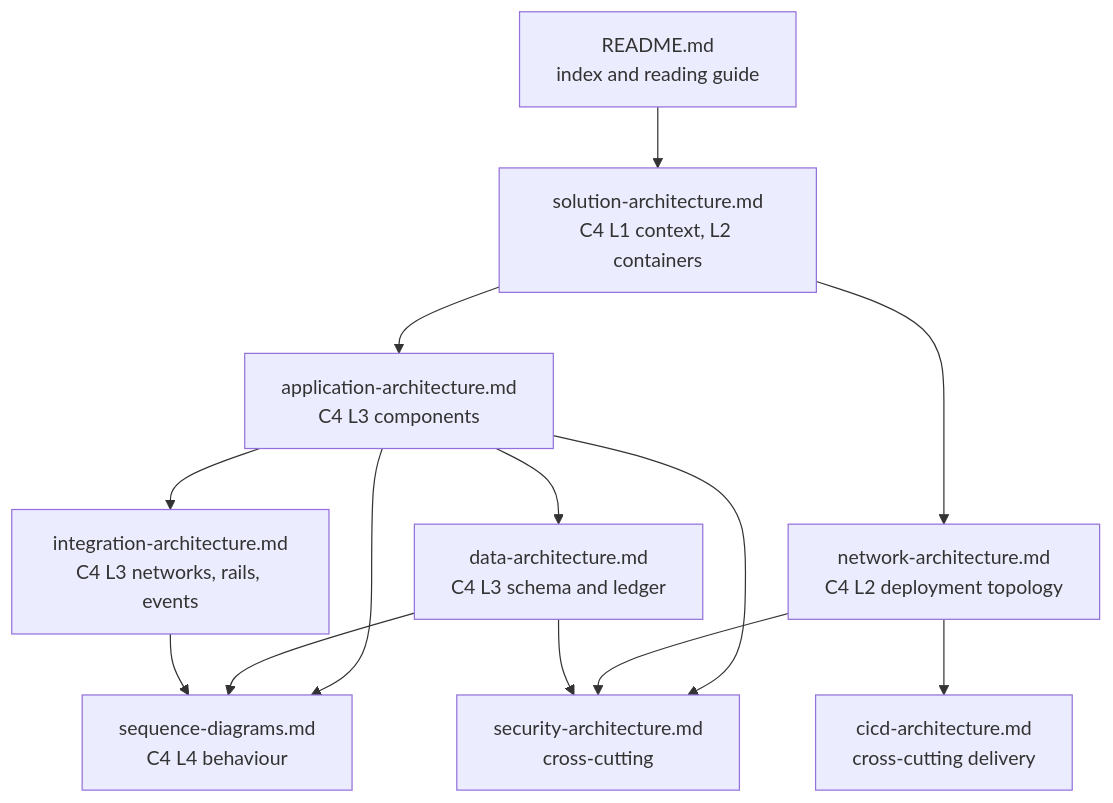
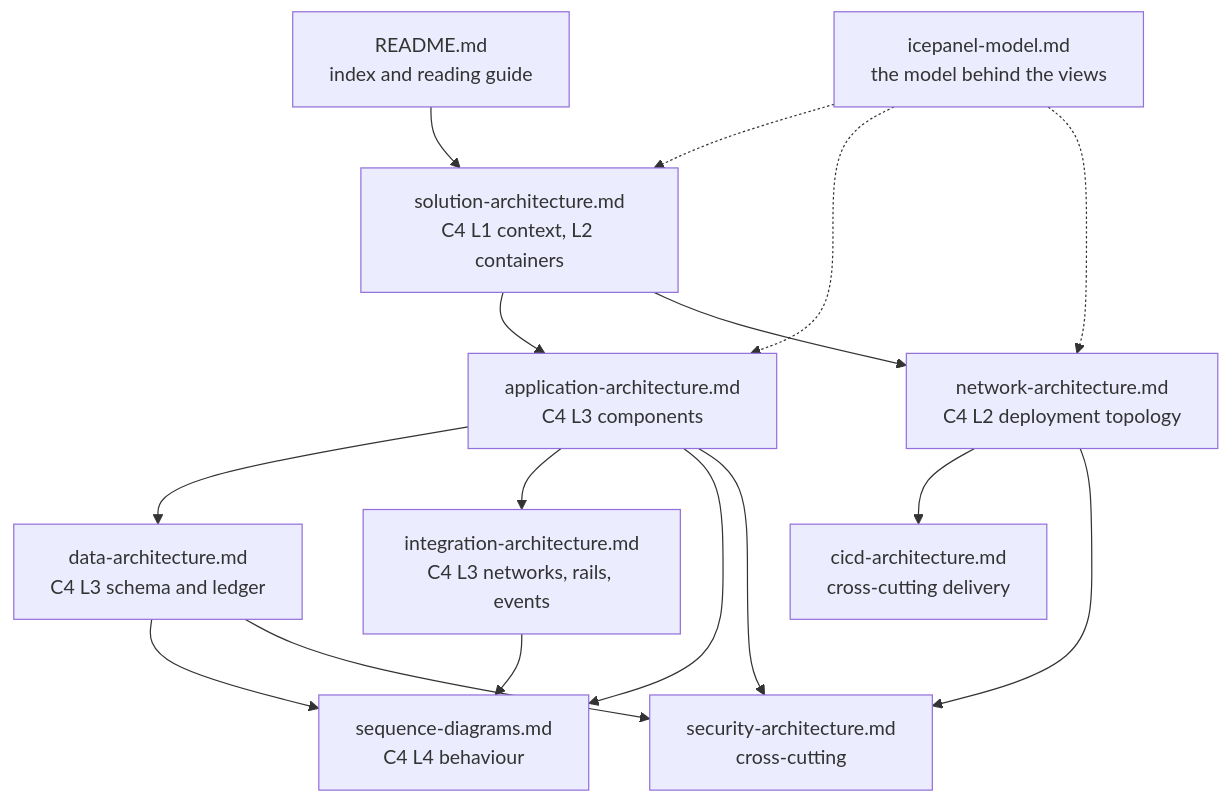
One commit to Nomos-N4s/apivo-news changed the diagram in docs/architecture/README.md. Above: the diagram before and after it, drawn with Mermaid. The commit also changed other lines of this file and 1 other file, not shown here.

First line of the commit message:
docs(architecture): the IcePanel model, and the conventions that keep it true (#555)

````diff
--- a/docs/architecture/README.md
+++ b/docs/architecture/README.md
@@ -42,24 +42,28 @@
 ```mermaid
 flowchart TD
   R["README.md<br>index and reading guide"]
   S["solution-architecture.md<br>C4 L1 context, L2 containers"]
   A["application-architecture.md<br>C4 L3 components"]
   D["data-architecture.md<br>C4 L3 schema and ledger"]
   I["integration-architecture.md<br>C4 L3 networks, rails, events"]
   N["network-architecture.md<br>C4 L2 deployment topology"]
   SEC["security-architecture.md<br>cross-cutting"]
   CI["cicd-architecture.md<br>cross-cutting delivery"]
   Q["sequence-diagrams.md<br>C4 L4 behaviour"]
+  P["icepanel-model.md<br>the model behind the views"]
   R --> S
   S --> A
   S --> N
   A --> D
   A --> I
   A --> Q
   D --> Q
   I --> Q
   N --> CI
   A --> SEC
   N --> SEC
   D --> SEC
+  P -.-> S
+  P -.-> A
+  P -.-> N
 ```
````
